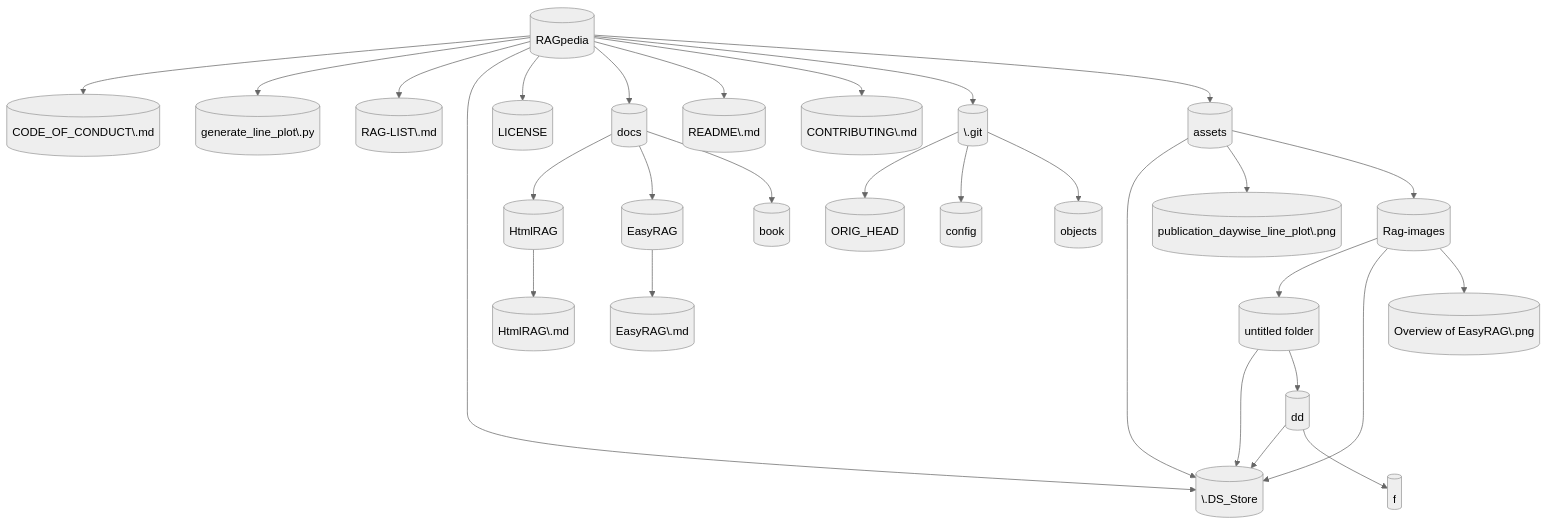
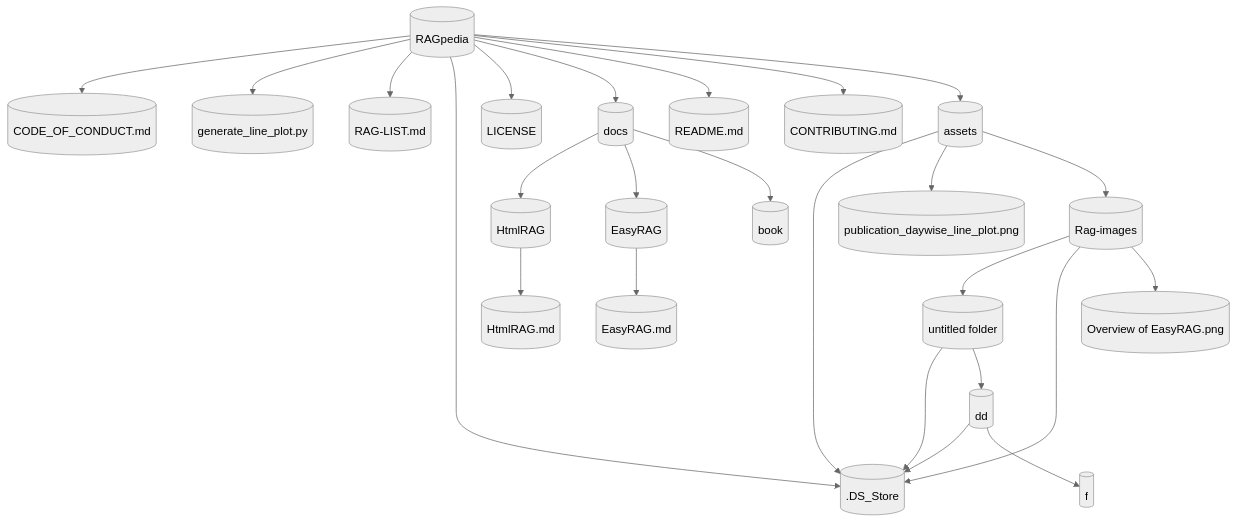
The diagram in output/directory_structure.md (raselmeya94/Directory-Visualizer), drawn with Mermaid (neutral theme) before and after one commit. The commit also changed 1 other file, not shown here.

Commit message:
Updated formation

````diff
--- a/output/directory_structure.md
+++ b/output/directory_structure.md
@@ -1,33 +1,28 @@
 ```mermaid
 graph TD
   RAGpedia[( RAGpedia )]
-    RAGpedia --> CODE_OF_CONDUCT\_md[( CODE_OF_CONDUCT\.md )]
-    RAGpedia --> generate_line_plot\_py[( generate_line_plot\.py )]
-    RAGpedia --> RAG_LIST\_md[( RAG-LIST\.md )]
-    RAGpedia --> \_DS_Store[( \.DS_Store )]
+    RAGpedia --> CODE_OF_CONDUCT_md[( CODE_OF_CONDUCT.md )]
+    RAGpedia --> generate_line_plot_py[( generate_line_plot.py )]
+    RAGpedia --> RAG_LIST_md[( RAG-LIST.md )]
+    RAGpedia --> _DS_Store[( .DS_Store )]
     RAGpedia --> LICENSE[( LICENSE )]
     RAGpedia --> docs[( docs )]
       docs --> HtmlRAG[( HtmlRAG )]
-        HtmlRAG --> HtmlRAG\_md[( HtmlRAG\.md )]
+        HtmlRAG --> HtmlRAG_md[( HtmlRAG.md )]
       docs --> EasyRAG[( EasyRAG )]
-        EasyRAG --> EasyRAG\_md[( EasyRAG\.md )]
+        EasyRAG --> EasyRAG_md[( EasyRAG.md )]
       docs --> book[( book )]
-    RAGpedia --> README\_md[( README\.md )]
-    RAGpedia --> CONTRIBUTING\_md[( CONTRIBUTING\.md )]
-    RAGpedia --> \_git[( \.git )]
-      \_git --> ORIG_HEAD[( ORIG_HEAD )]
-      \_git --> config[( config )]
-      \_git --> objects[( objects )]
-        
+    RAGpedia --> README_md[( README.md )]
+    RAGpedia --> CONTRIBUTING_md[( CONTRIBUTING.md )]
     RAGpedia --> assets[( assets )]
-      assets --> \_DS_Store[( \.DS_Store )]
-      assets --> publication_daywise_line_plot\_png[( publication_daywise_line_plot\.png )]
+      assets --> _DS_Store[( .DS_Store )]
+      assets --> publication_daywise_line_plot_png[( publication_daywise_line_plot.png )]
       assets --> Rag_images[( Rag-images )]
         Rag_images --> untitled_folder[( untitled folder )]
-          untitled_folder --> \_DS_Store[( \.DS_Store )]
+          untitled_folder --> _DS_Store[( .DS_Store )]
           untitled_folder --> dd[( dd )]
-            dd --> \_DS_Store[( \.DS_Store )]
+            dd --> _DS_Store[( .DS_Store )]
             dd --> f[( f )]
-        Rag_images --> \_DS_Store[( \.DS_Store )]
-        Rag_images --> Overview_of_EasyRAG\_png[( Overview of EasyRAG\.png )]
+        Rag_images --> _DS_Store[( .DS_Store )]
+        Rag_images --> Overview_of_EasyRAG_png[( Overview of EasyRAG.png )]
 ```
````
